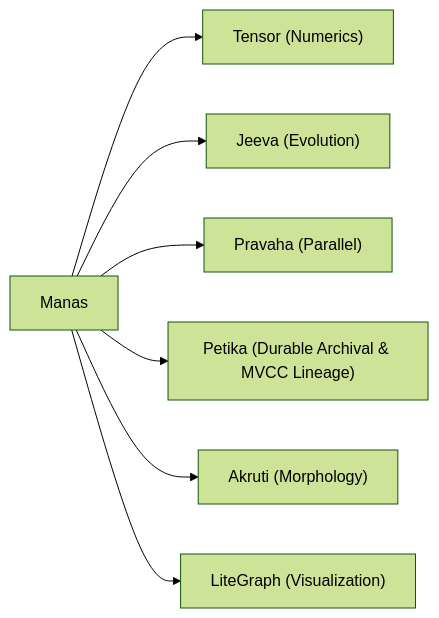
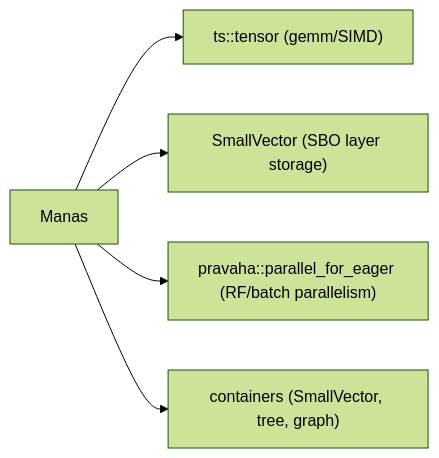
The first of 2 diagrams in docs/manas/manas.md (sp-mishra/pebble), drawn with Mermaid (forest theme) before and after one commit. The commit also changed other lines of this file and 108 other files, not shown here.

````diff
--- a/docs/manas/manas.md
+++ b/docs/manas/manas.md
@@ -103,9 +286,7 @@
 ```mermaid
 graph LR
-    Manas --> Tensor["Tensor (Numerics)"]
-    Manas --> Jeeva["Jeeva (Evolution)"]
-    Manas --> Pravaha["Pravaha (Parallel)"]
-    Manas --> Petika["Petika (Durable Archival & MVCC Lineage)"]
-    Manas --> Akruti["Akruti (Morphology)"]
-    Manas --> Visual["LiteGraph (Visualization)"]
+    Manas --> Tensor["ts::tensor (gemm/SIMD)"]
+    Manas --> SV["SmallVector (SBO layer storage)"]
+    Manas --> Pravaha["pravaha::parallel_for_eager (RF/batch parallelism)"]
+    Manas --> Containers["containers (SmallVector, tree, graph)"]
 ```
````
